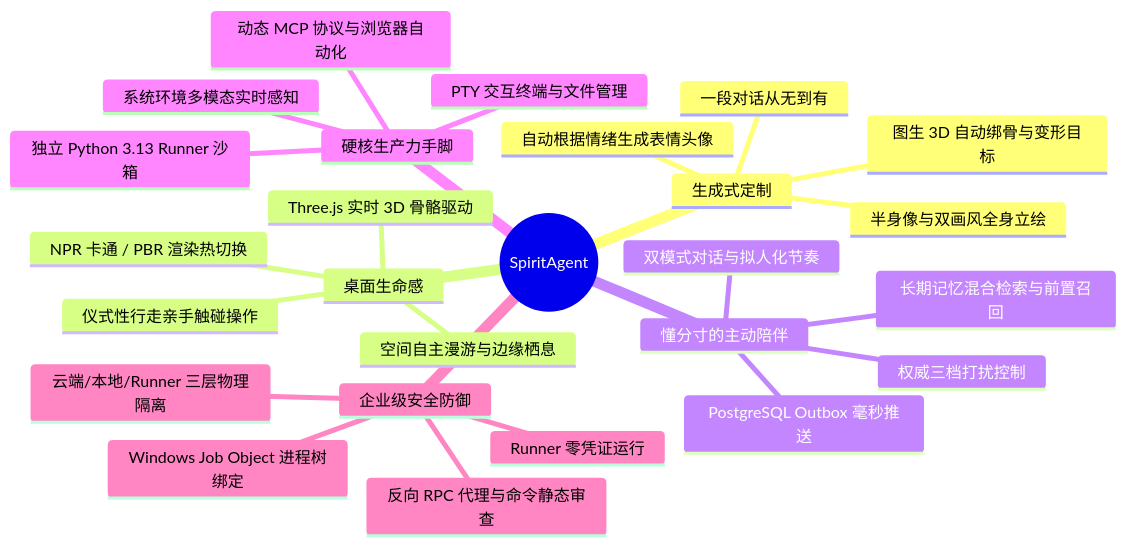
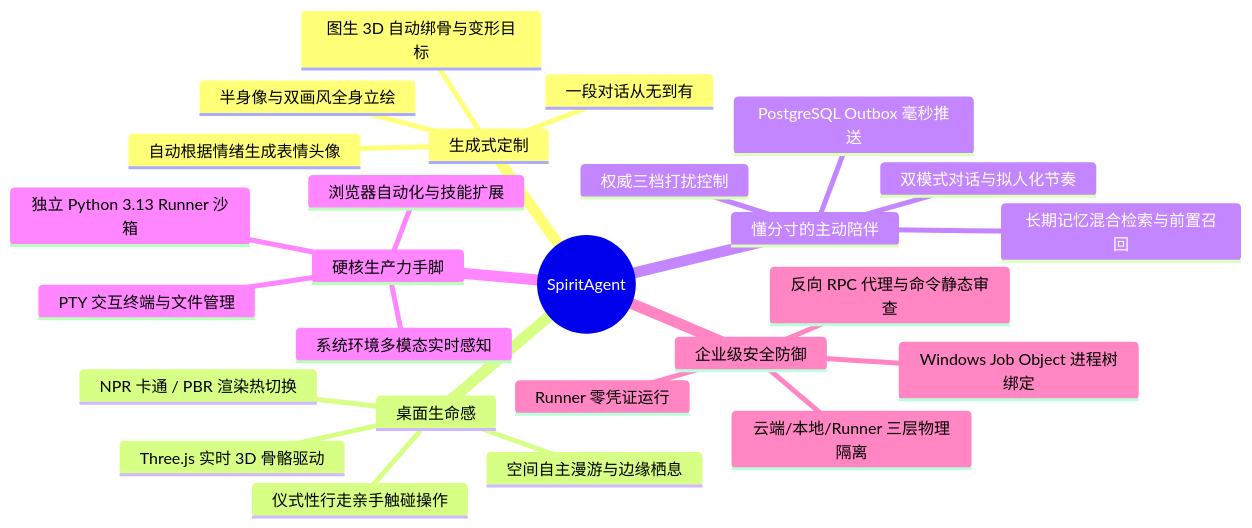
The diagram in README.md (yangjinming1062/DeskAgent), drawn with Mermaid before and after one commit. The commit also changed other lines of this file and 44 other files, not shown here.

````diff
--- a/README.md
+++ b/README.md
@@ -33,29 +33,29 @@
 ```mermaid
 mindmap
   root((SpiritAgent))
     生成式定制
       一段对话从无到有
       半身像与双画风全身立绘
       图生 3D 自动绑骨与变形目标
       自动根据情绪生成表情头像
     桌面生命感
       Three.js 实时 3D 骨骼驱动
       NPR 卡通 / PBR 渲染热切换
       空间自主漫游与边缘栖息
       仪式性行走亲手触碰操作
     懂分寸的主动陪伴
       长期记忆混合检索与前置召回
       PostgreSQL Outbox 毫秒推送
       权威三档打扰控制
       双模式对话与拟人化节奏
     硬核生产力手脚
       独立 Python 3.13 Runner 沙箱
       PTY 交互终端与文件管理
-      动态 MCP 协议与浏览器自动化
+      浏览器自动化与技能扩展
       系统环境多模态实时感知
     企业级安全防御
       云端/本地/Runner 三层物理隔离
       Runner 零凭证运行
       反向 RPC 代理与命令静态审查
       Windows Job Object 进程树绑定
 ```
````
